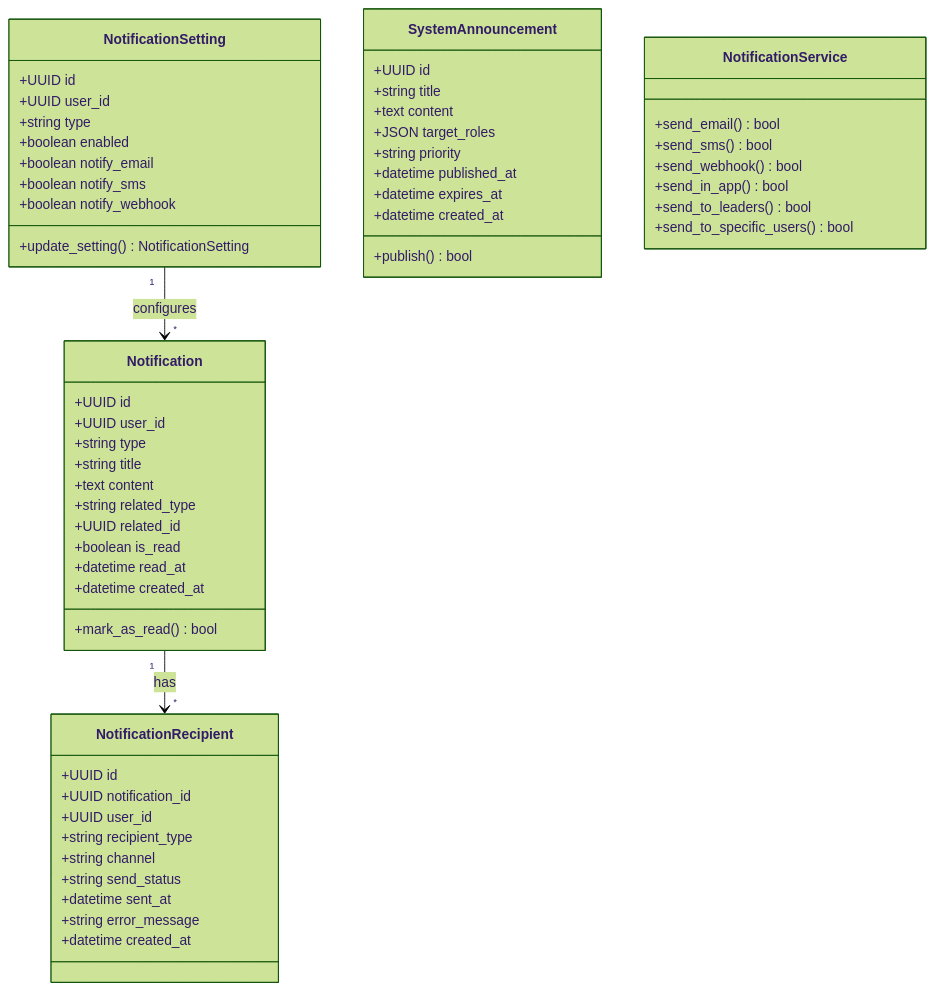
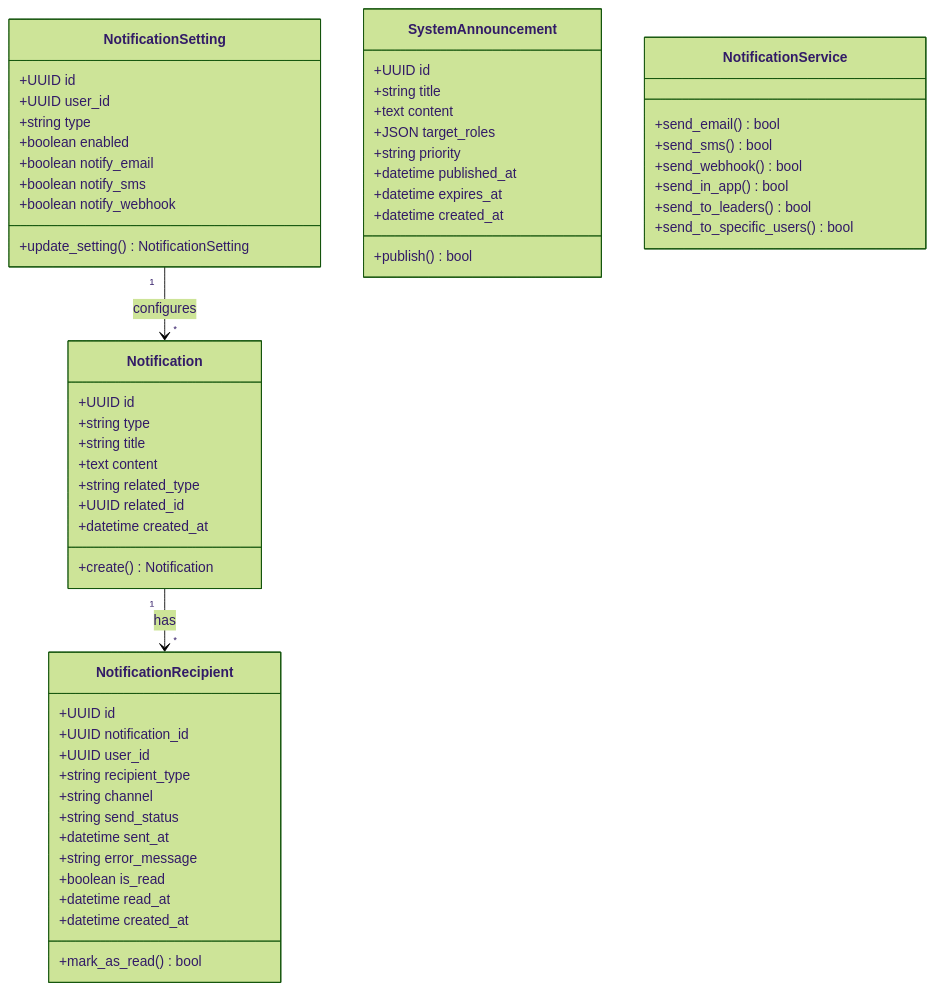
The third of 12 diagrams in docs/design/class_diagram.md (dayutech/Vuln-Audit-Lifecycle-Management), drawn with Mermaid (forest theme) before and after one commit. The commit also changed other lines of this file and 206 other files, not shown here.

````diff
--- a/docs/design/class_diagram.md
+++ b/docs/design/class_diagram.md
@@ -342,63 +351,63 @@
 ```mermaid
 classDiagram
     class Notification {
         +UUID id
-        +UUID user_id
         +string type
         +string title
         +text content
         +string related_type
         +UUID related_id
-        +boolean is_read
-        +datetime read_at
         +datetime created_at
-        +mark_as_read() bool
+        +create() Notification
     }
 
     class NotificationSetting {
         +UUID id
         +UUID user_id
         +string type
         +boolean enabled
         +boolean notify_email
         +boolean notify_sms
         +boolean notify_webhook
         +update_setting() NotificationSetting
     }
 
     class NotificationRecipient {
         +UUID id
         +UUID notification_id
         +UUID user_id
         +string recipient_type
         +string channel
         +string send_status
         +datetime sent_at
         +string error_message
+        +boolean is_read
+        +datetime read_at
         +datetime created_at
+        +mark_as_read() bool
     }
 
     class SystemAnnouncement {
         +UUID id
         +string title
         +text content
         +JSON target_roles
         +string priority
         +datetime published_at
         +datetime expires_at
         +datetime created_at
         +publish() bool
     }
 
     class NotificationService {
         +send_email() bool
         +send_sms() bool
         +send_webhook() bool
         +send_in_app() bool
         +send_to_leaders() bool
         +send_to_specific_users() bool
     }
 
     Notification "1" --> "*" NotificationRecipient : has
     NotificationSetting "1" --> "*" Notification : configures
 ```
````
